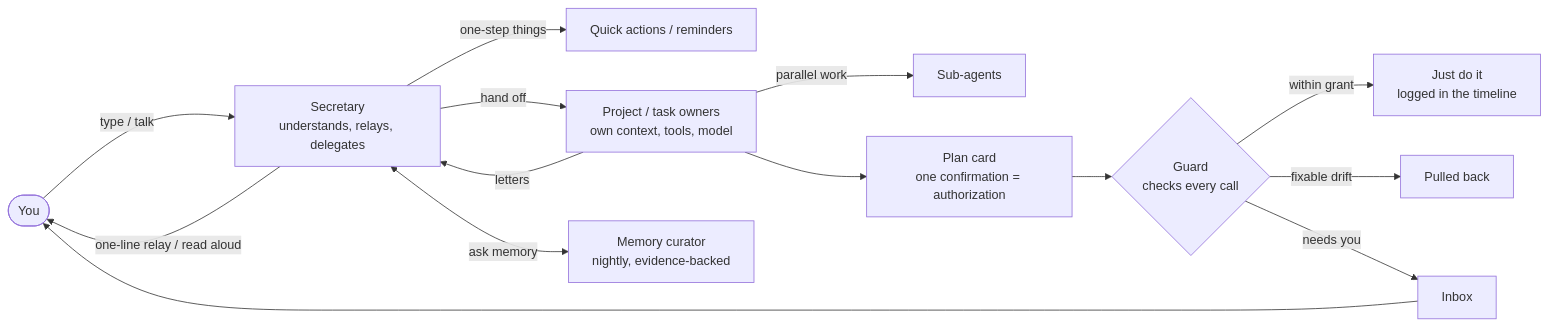
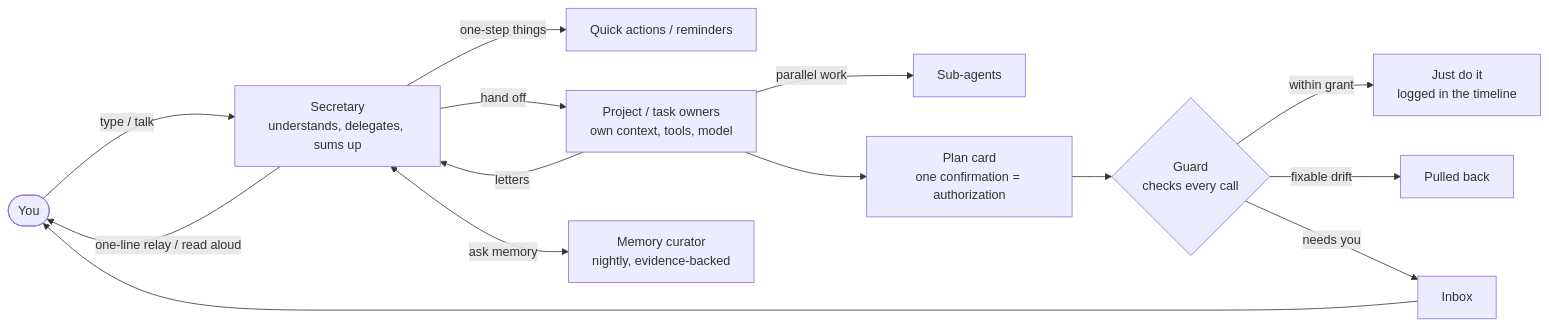
One commit to catmaniii/ergo changed the first of 2 diagrams in docs/architecture.en.md. Above: the diagram before and after it, drawn with Mermaid.

Commit message:
docs(架构): 英文图里的说法和中文一致
Claude-Session: https://claude.ai/code/session_01LuccspkYbJahV5zpQMTyxW

````diff
--- a/docs/architecture.en.md
+++ b/docs/architecture.en.md
@@ -9,16 +9,16 @@
 ```mermaid
 flowchart LR
-    U(["You"]) -->|"type / talk"| SEC["Secretary<br/>understands, relays, delegates"]
+    U(["You"]) -->|"type / talk"| SEC["Secretary<br/>understands, delegates, sums up"]
     SEC -->|"one-step things"| QA["Quick actions / reminders"]
     SEC -->|"hand off"| M["Project / task owners<br/>own context, tools, model"]
     M -->|"parallel work"| SUB["Sub-agents"]
     M --> PLAN["Plan card<br/>one confirmation = authorization"]
     PLAN --> G{"Guard<br/>checks every call"}
     G -->|"within grant"| GO["Just do it<br/>logged in the timeline"]
     G -->|"fixable drift"| FIX["Pulled back"]
     G -->|"needs you"| INBOX["Inbox"]
     INBOX --> U
     M -->|"letters"| SEC
     SEC -->|"one-line relay / read aloud"| U
     SEC <-->|"ask memory"| MEM["Memory curator<br/>nightly, evidence-backed"]
 ```
````
